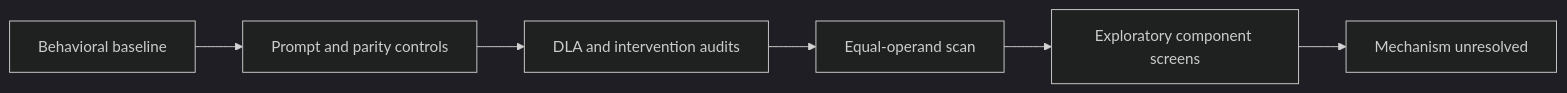
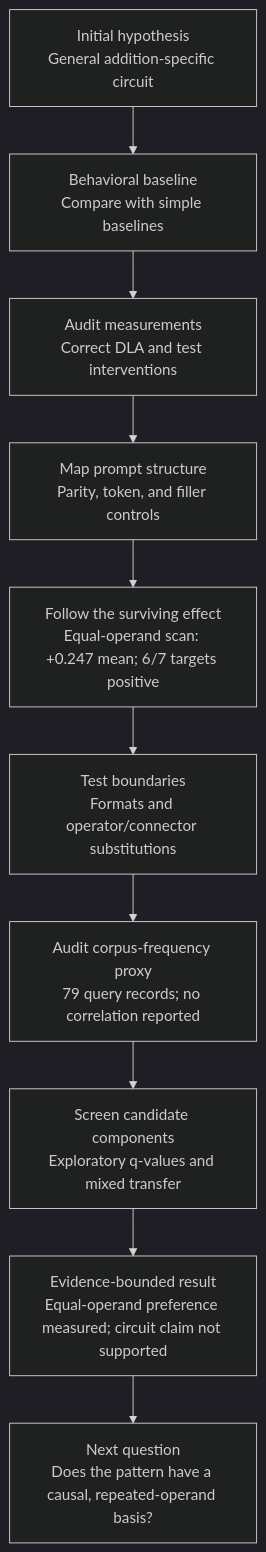
The diagram in README.md (anaykatiyar-lang/mechanistic_interpretability), drawn with Mermaid (dark theme) before and after one commit. The commit also changed other lines of this file and 2 other files, not shown here.

Commit message:
Expand evidence-driven research path

````diff
--- a/README.md
+++ b/README.md
@@ -12,8 +12,12 @@
 ```mermaid
-flowchart LR
-    A[Behavioral baseline] --> B[Prompt and parity controls]
-    B --> C[DLA and intervention audits]
-    C --> D[Equal-operand scan]
-    D --> E[Exploratory component screens]
-    E --> F[Mechanism unresolved]
+flowchart TD
+    H[Initial hypothesis<br/>General addition-specific circuit] --> B[Behavioral baseline<br/>Compare with simple baselines]
+    B --> A[Audit measurements<br/>Correct DLA and test interventions]
+    A --> P[Map prompt structure<br/>Parity, token, and filler controls]
+    P --> D[Follow the surviving effect<br/>Equal-operand scan: +0.247 mean; 6/7 targets positive]
+    D --> G[Test boundaries<br/>Formats and operator/connector substitutions]
+    G --> C[Audit corpus-frequency proxy<br/>79 query records; no correlation reported]
+    C --> S[Screen candidate components<br/>Exploratory q-values and mixed transfer]
+    S --> R[Evidence-bounded result<br/>Equal-operand preference measured; circuit claim not supported]
+    R --> N[Next question<br/>Does the pattern have a causal, repeated-operand basis?]
 ```
````
